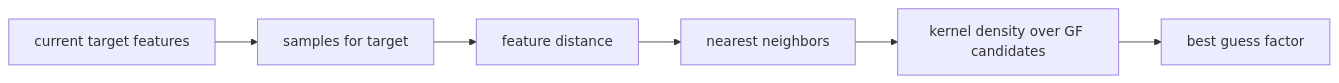
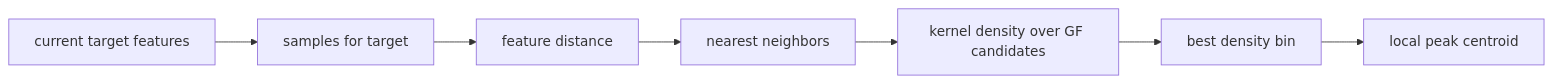
The third of 3 diagrams in docs/bot-core-data-structures.md (fduch-stranger/robocode-bot), drawn with Mermaid before and after one commit. The commit also changed other lines of this file and 21 other files, not shown here.

````diff
--- a/docs/bot-core-data-structures.md
+++ b/docs/bot-core-data-structures.md
@@ -307,8 +311,9 @@
 ```mermaid
 flowchart LR
     A["current target features"] --> B["samples for target"]
     B --> C["feature distance"]
     C --> D["nearest neighbors"]
     D --> E["kernel density over GF candidates"]
-    E --> F["best guess factor"]
+    E --> F["best density bin"]
+    F --> G["local peak centroid"]
 ```
````
